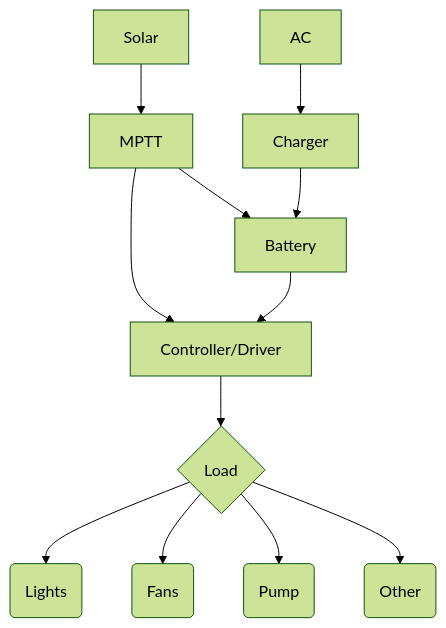
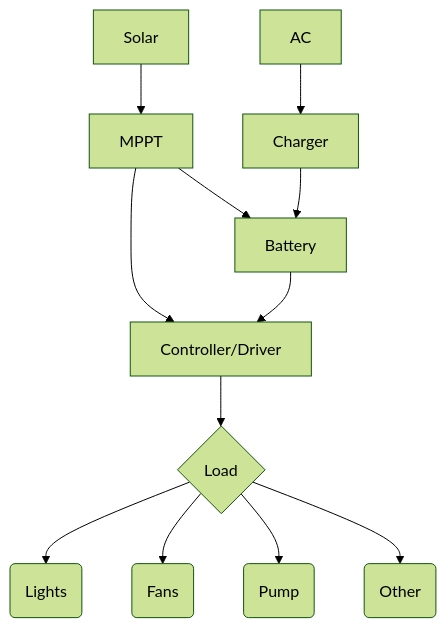
Before and after one commit to openthc/box: the diagram in doc/Power.md, drawn with Mermaid (forest theme). The commit also changed other lines of this file and 1 other file, not shown here.

Commit message:
update power needs

````diff
--- a/doc/Power.md
+++ b/doc/Power.md
@@ -6,14 +6,14 @@
 ```mermaid
 flowchart TD
-    P0[Solar] --> MPTT
-    MPTT --> B0
+    P0[Solar] --> MPPT
+    MPPT --> B0
     P1[AC] --> Charger
     Charger --> B0[Battery]
-    MPTT --> C0
+    MPPT --> C0
     B0 --> C0[Controller/Driver]
     C0 --> L1{Load}
     L1 --> L2(Lights)
     L1 --> L3(Fans)
     L1 --> L4(Pump)
     L1 --> L5(Other)
 ```
````
